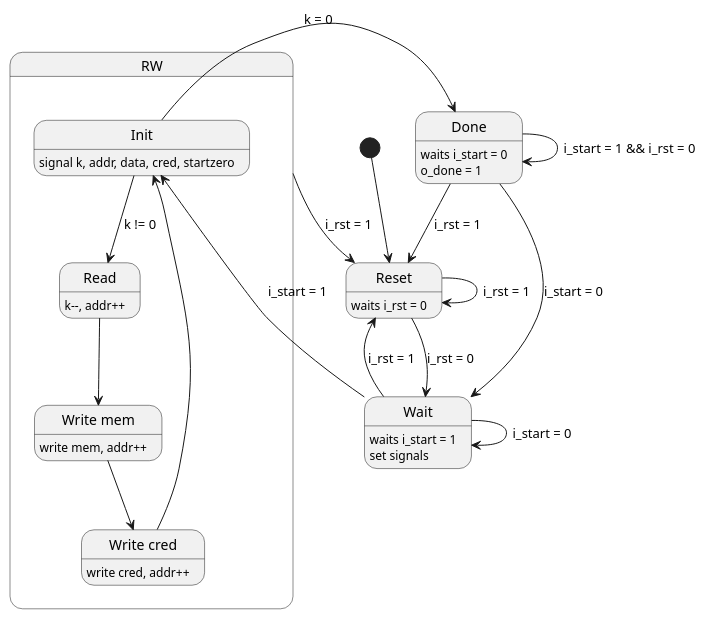
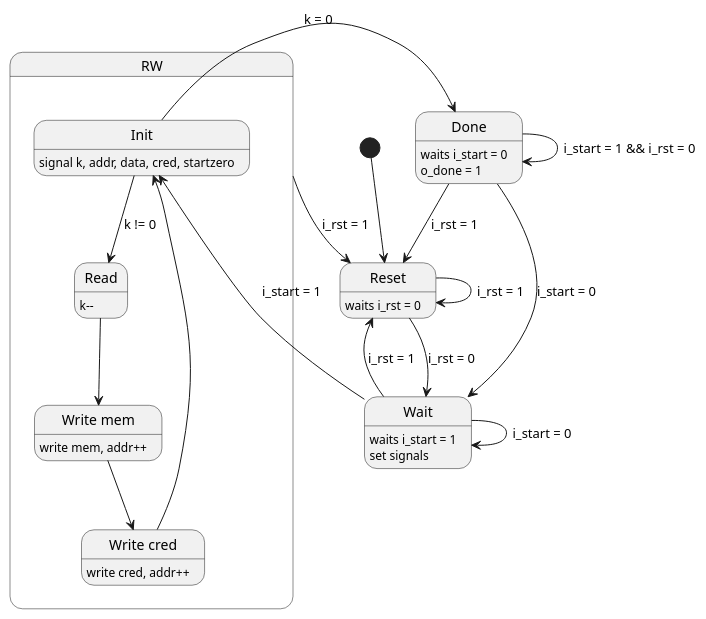
One commit to LucaPozzato/sequence-repair-module changed the diagram in FSM.pu. Above: the diagram before and after it, drawn with PlantUML. The commit also changed 2 other files, not shown here.

```diff
--- a/FSM.pu
+++ b/FSM.pu
@@ -1,33 +1,33 @@
 @startuml FSM
 
 State "Reset" as s0 : waits i_rst = 0
 State "Wait" as s1 : waits i_start = 1
 s1: set signals
 State "Done" as s2 : waits i_start = 0
 s2: o_done = 1
 state RW {
     State "Init" as s3 : signal k, addr, data, cred, startzero
-    State "Read" as s4 : k--, addr++
+    State "Read" as s4 : k--
     State "Write mem" as s5 : write mem, addr++
     State "Write cred" as s6 : write cred, addr++
 }
 
 [*] --> s0
 s0 --> s0 : i_rst = 1
 s0 --> s1 : i_rst = 0
 s1 --> s0 : i_rst = 1
 s1 --> s1 : i_start = 0
 s2 --> s0 : i_rst = 1
 s2 --> s1 : i_start = 0
 s2 --> s2 : i_start = 1 && i_rst = 0
 
 s1 --> s3 : i_start = 1
 s3 --> s2 : k = 0
 s3 --> s4 : k != 0
 s4 --> s5
 s5 --> s6
 s6 --> s3
 
 RW --> s0 : i_rst = 1
 
 @enduml
```
